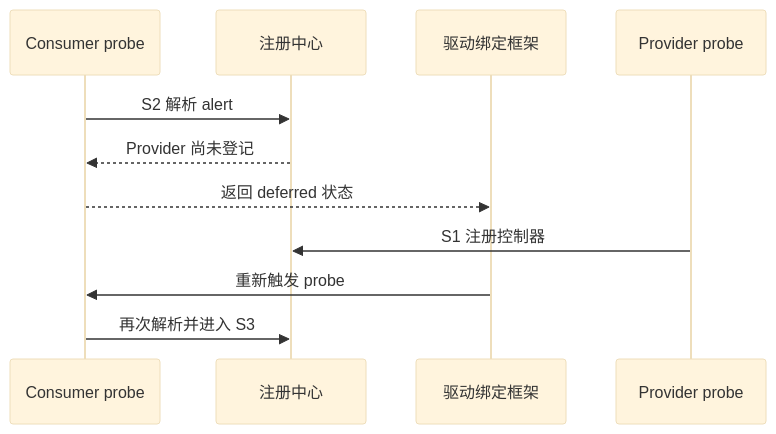
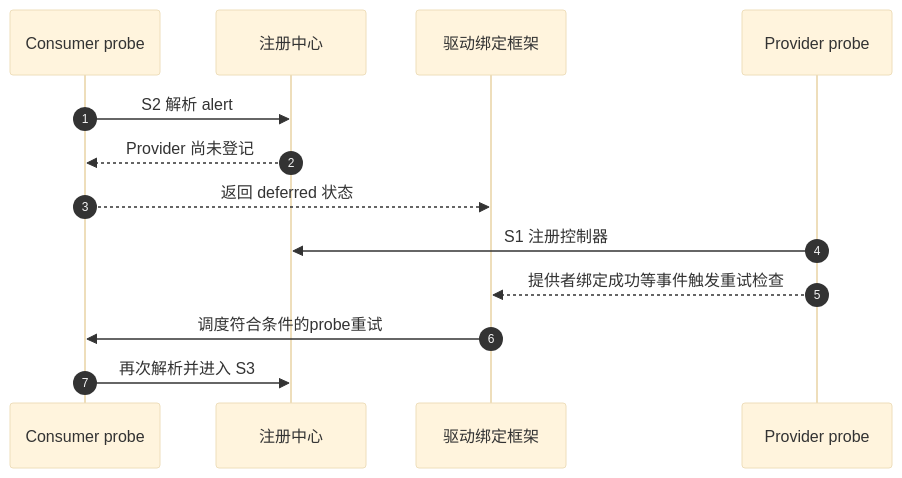
Before and after one commit to FormingSystem/linux_note: the first of 2 diagrams in knowledge/driver_model/gpio/P03_从朴素模型到可用_GPIO_机制.md, drawn with Mermaid (base theme). The commit also changed other lines of this file and 5 other files, not shown here.

````diff
--- a/knowledge/driver_model/gpio/P03_从朴素模型到可用_GPIO_机制.md
+++ b/knowledge/driver_model/gpio/P03_从朴素模型到可用_GPIO_机制.md
@@ -26,13 +28,15 @@
 ```mermaid
 sequenceDiagram
+    autonumber
     participant C as Consumer probe
     participant R as 注册中心
     participant D as 驱动绑定框架
     participant P as Provider probe
     C->>R: S2 解析 alert
     R-->>C: Provider 尚未登记
     C-->>D: 返回 deferred 状态
     P->>R: S1 注册控制器
-    D->>C: 重新触发 probe
+    P-->>D: 提供者绑定成功等事件触发重试检查
+    D->>C: 调度符合条件的probe重试
     C->>R: 再次解析并进入 S3
 ```
````
